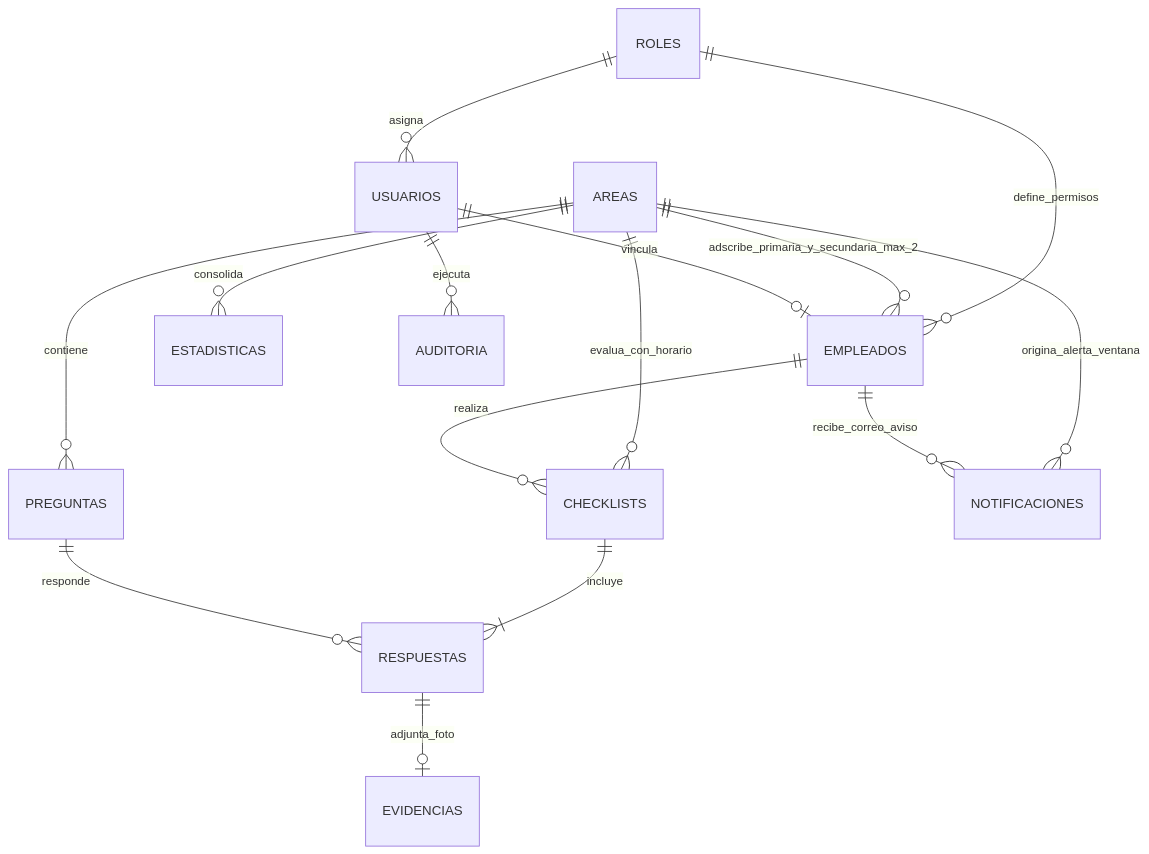
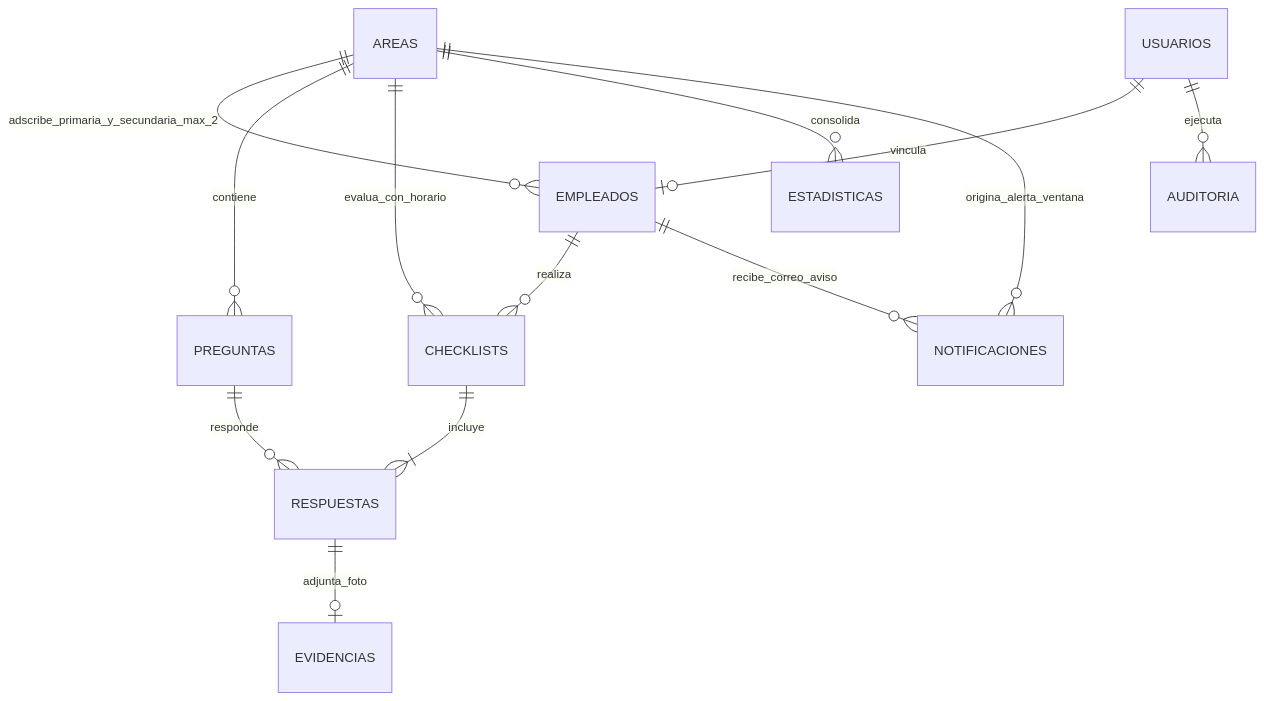
One commit to alexteori14/CheckList changed the second of 3 diagrams in DOCUMENTACION_ARQUITECTURA.md. Above: the diagram before and after it, drawn with Mermaid. The commit also changed other lines of this file and 21 other files, not shown here.

````diff
--- a/DOCUMENTACION_ARQUITECTURA.md
+++ b/DOCUMENTACION_ARQUITECTURA.md
@@ -171,17 +171,15 @@
 ```mermaid
 erDiagram
-    ROLES ||--o{ USUARIOS : "asigna"
-    ROLES ||--o{ EMPLEADOS : "define_permisos"
     AREAS ||--o{ EMPLEADOS : "adscribe_primaria_y_secundaria_max_2"
     AREAS ||--o{ PREGUNTAS : "contiene"
     AREAS ||--o{ CHECKLISTS : "evalua_con_horario"
     AREAS ||--o{ ESTADISTICAS : "consolida"
     AREAS ||--o{ NOTIFICACIONES : "origina_alerta_ventana"
     USUARIOS ||--o| EMPLEADOS : "vincula"
     USUARIOS ||--o{ AUDITORIA : "ejecuta"
     EMPLEADOS ||--o{ CHECKLISTS : "realiza"
     EMPLEADOS ||--o{ NOTIFICACIONES : "recibe_correo_aviso"
     CHECKLISTS ||--|{ RESPUESTAS : "incluye"
     PREGUNTAS ||--o{ RESPUESTAS : "responde"
     RESPUESTAS ||--o| EVIDENCIAS : "adjunta_foto"
 ```
````
